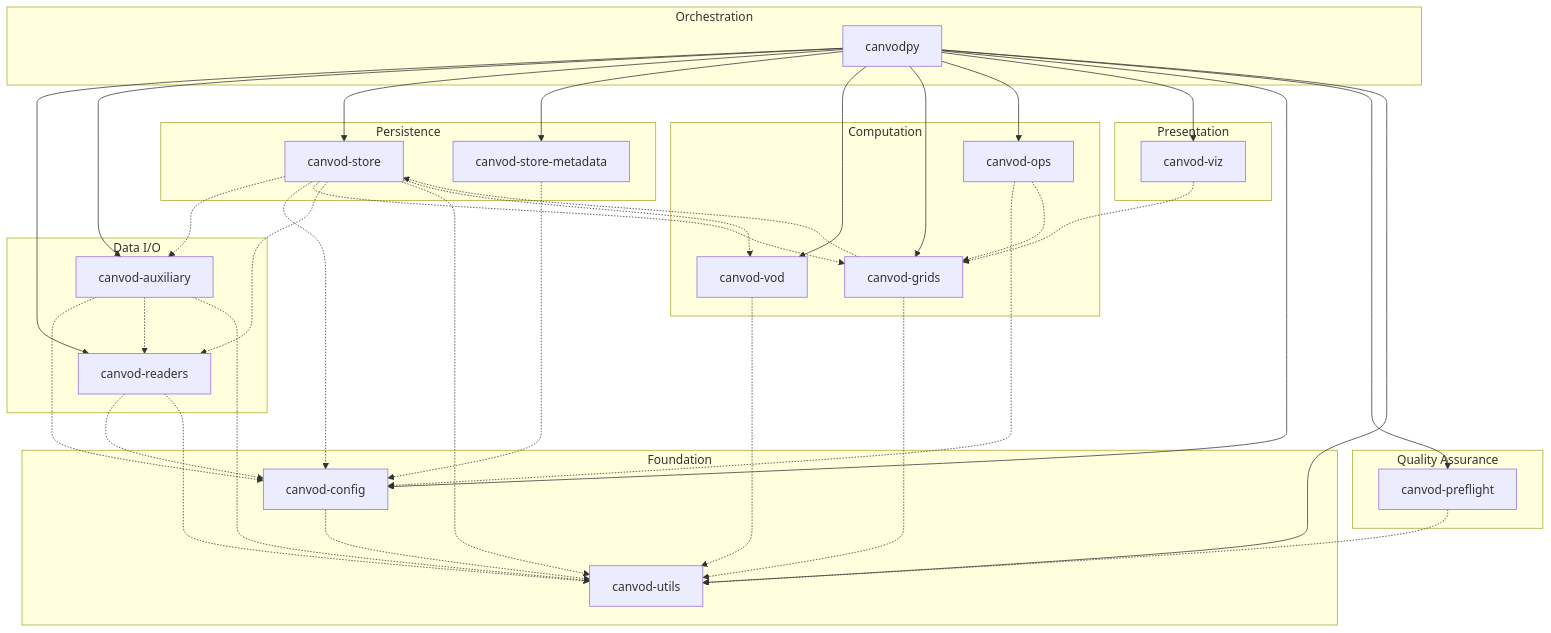
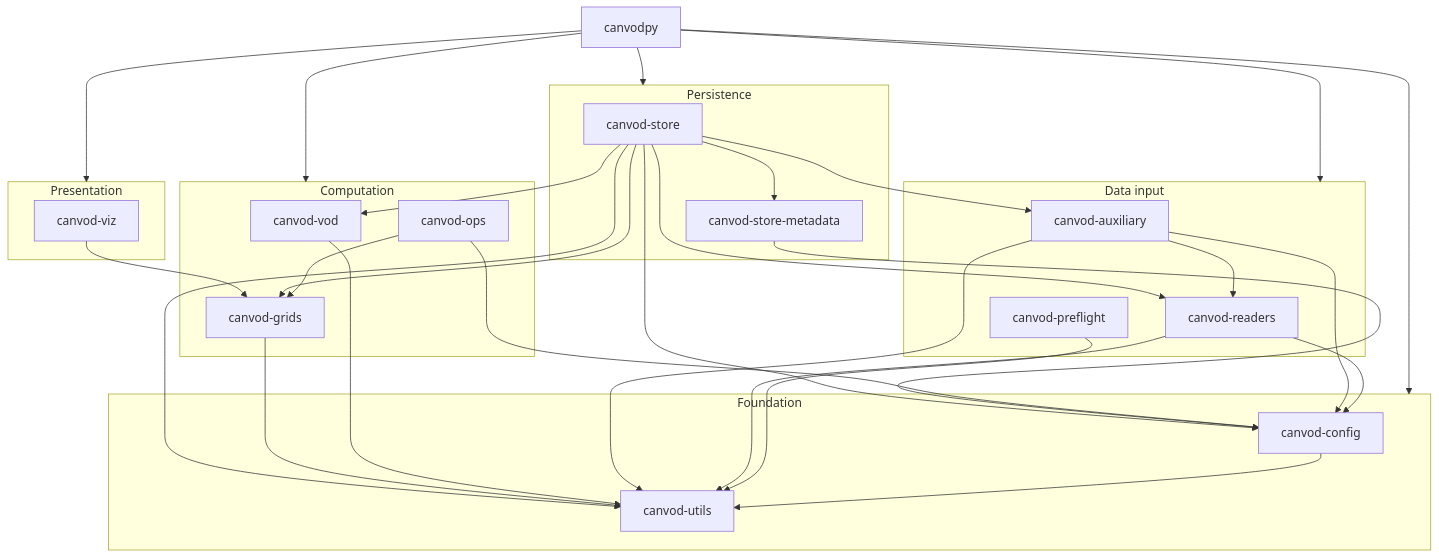
The first of 2 diagrams in docs/architecture.md (TUW-GEO/canvodpy), drawn with Mermaid before and after one commit. The commit also changed other lines of this file and 4 other files, not shown here.

First line of the commit message:
docs(architecture): plain-words rewrite, every claim checked against the code

````diff
--- a/docs/architecture.md
+++ b/docs/architecture.md
@@ -35,51 +34,43 @@
 ```mermaid
 graph TD
-    subgraph ORCHESTRATION["Orchestration"]
-        CANVODPY["canvodpy"]
+    CANVODPY["canvodpy"]
+
+    subgraph PRESENT["Presentation"]
+        VIZ["canvod-viz"]
+    end
+
+    subgraph PERSIST["Persistence"]
+        STORE["canvod-store"]
+        STOREMETA["canvod-store-metadata"]
     end
 
     subgraph COMPUTE["Computation"]
         VOD["canvod-vod"]
         GRIDS["canvod-grids"]
         OPS["canvod-ops"]
     end
 
-    subgraph STORE_LAYER["Persistence"]
-        STORE["canvod-store"]
-        STOREMETA["canvod-store-metadata"]
-    end
-
-    subgraph DATAIO["Data I/O"]
+    subgraph INPUT["Data input"]
         READERS["canvod-readers"]
         AUX["canvod-auxiliary"]
-    end
-
-    subgraph PRESENT["Presentation"]
-        VIZ["canvod-viz"]
-    end
-
-    subgraph QA["Quality Assurance"]
         PREFLIGHT["canvod-preflight"]
     end
 
     subgraph FOUNDATION["Foundation"]
         CONFIG["canvod-config"]
         UTILS["canvod-utils"]
     end
 
-    CANVODPY --> READERS & AUX
-    CANVODPY --> STORE & STOREMETA
-    CANVODPY --> VOD & GRIDS & OPS & VIZ
-    CANVODPY --> CONFIG & PREFLIGHT & UTILS
+    CANVODPY --> PRESENT & PERSIST & COMPUTE & INPUT & FOUNDATION
 
-    READERS -.-> CONFIG & UTILS
-    AUX -.-> CONFIG & READERS & UTILS
-    STORE -.-> AUX & CONFIG & GRIDS & READERS & UTILS & VOD
-    GRIDS -.-> STORE & UTILS
-    OPS -.-> CONFIG & GRIDS
-    VIZ -.-> GRIDS
-    STOREMETA -.-> CONFIG
-    VOD -.-> UTILS
-    PREFLIGHT -.-> UTILS
-    CONFIG -.-> UTILS
+    VIZ --> GRIDS
+    STORE --> STOREMETA & VOD & GRIDS & READERS & AUX & CONFIG & UTILS
+    STOREMETA --> CONFIG
+    OPS --> GRIDS & CONFIG
+    GRIDS --> UTILS
+    VOD --> UTILS
+    AUX --> READERS & CONFIG & UTILS
+    READERS --> CONFIG & UTILS
+    PREFLIGHT --> UTILS
+    CONFIG --> UTILS
 ```
````
